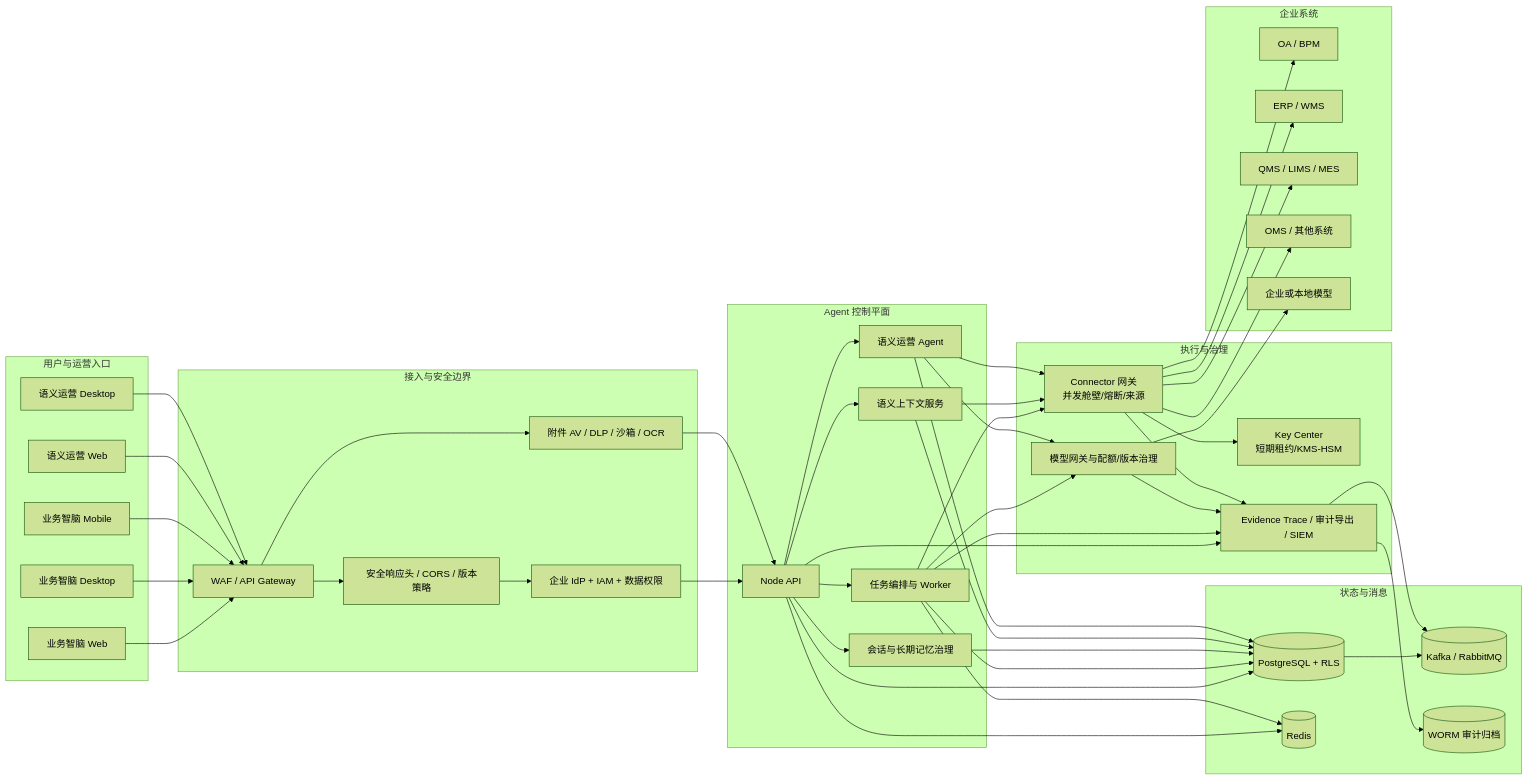
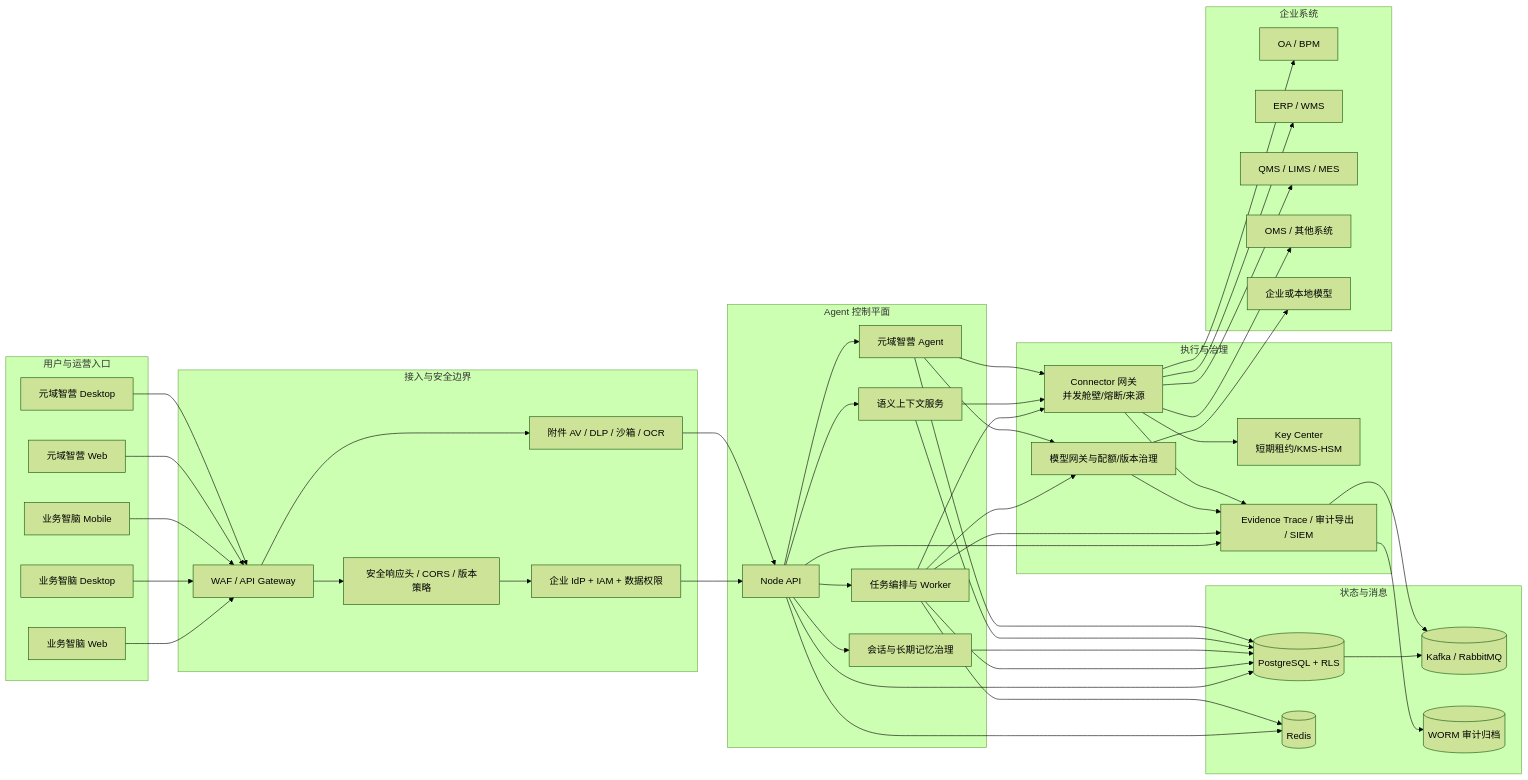
Before and after one commit to shulinw27-web/yuanyu-zhinao: the first of 2 diagrams in docs/operations/PRODUCTION_ARCHITECTURE_AND_OPERATIONS.md, drawn with Mermaid (forest theme). The commit also changed other lines of this file and 106 other files, not shown here.

````diff
--- a/docs/operations/PRODUCTION_ARCHITECTURE_AND_OPERATIONS.md
+++ b/docs/operations/PRODUCTION_ARCHITECTURE_AND_OPERATIONS.md
@@ -13,60 +13,60 @@
 ```mermaid
 flowchart LR
   subgraph Clients[用户与运营入口]
     BW[业务智脑 Web]
     BD[业务智脑 Desktop]
     BM[业务智脑 Mobile]
-    SW[语义运营 Web]
-    SD[语义运营 Desktop]
+    SW[元域智营 Web]
+    SD[元域智营 Desktop]
   end
 
   subgraph Edge[接入与安全边界]
     GW[WAF / API Gateway]
     VP[安全响应头 / CORS / 版本策略]
     IAM[企业 IdP + IAM + 数据权限]
     MM[附件 AV / DLP / 沙箱 / OCR]
   end
 
   subgraph Control[Agent 控制平面]
     API[Node API]
     ORCH[任务编排与 Worker]
     MEM[会话与长期记忆治理]
     SEM[语义上下文服务]
-    SOP[语义运营 Agent]
+    SOP[元域智营 Agent]
   end
 
   subgraph Govern[执行与治理]
     MG[模型网关与配额/版本治理]
     CG[Connector 网关\n并发舱壁/熔断/来源]
     KC[Key Center\n短期租约/KMS-HSM]
     EV[Evidence Trace / 审计导出 / SIEM]
   end
 
   subgraph Data[状态与消息]
     PG[(PostgreSQL + RLS)]
     RD[(Redis)]
     MQ[(Kafka / RabbitMQ)]
     OW[(WORM 审计归档)]
   end
 
   subgraph Enterprise[企业系统]
     OA[OA / BPM]
     ERP[ERP / WMS]
     QMS[QMS / LIMS / MES]
     OMS[OMS / 其他系统]
     LLM[企业或本地模型]
   end
 
   BW & BD & BM & SW & SD --> GW --> VP --> IAM --> API
   GW --> MM --> API
   API --> ORCH & MEM & SEM & SOP
   ORCH & SOP --> MG --> LLM
   ORCH & SEM & SOP --> CG
   CG --> KC
   CG --> OA & ERP & QMS & OMS
   API & ORCH & MEM & SEM & SOP --> PG
   API & ORCH --> RD
   PG --> MQ
   API & ORCH & MG & CG --> EV --> OW
   EV --> MQ
 ```
````
